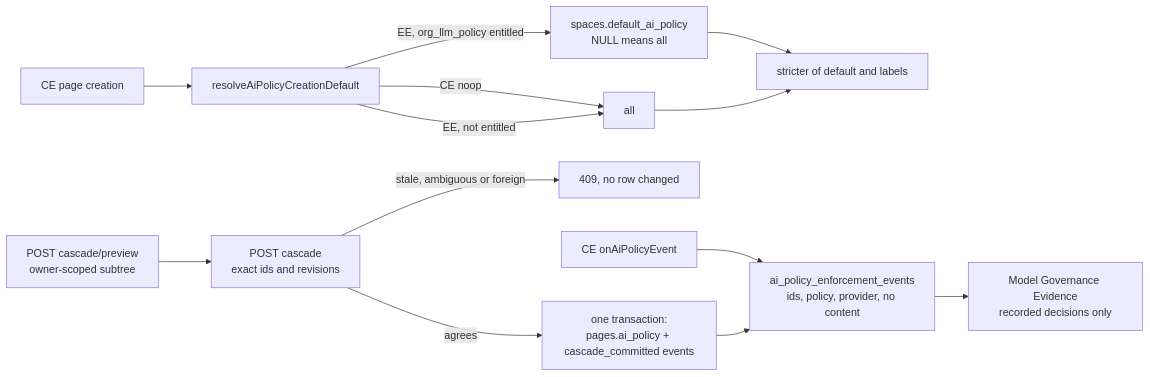
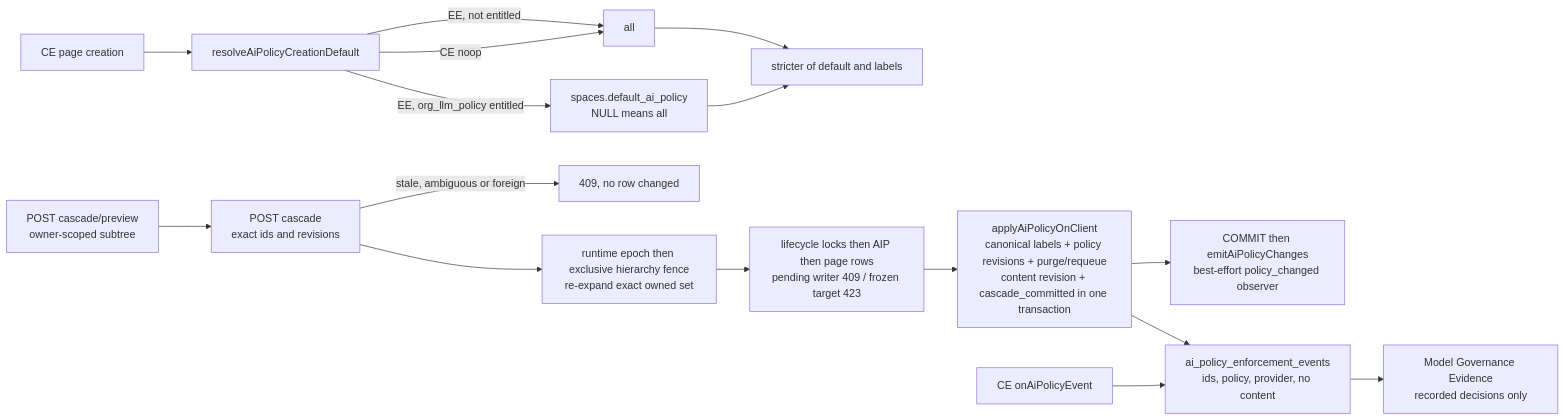
One commit to Compendiq/compendiq-ce changed the sixth of 6 diagrams in docs/architecture/10-flow-enterprise-license.md. Above: the diagram before and after it, drawn with Mermaid. The commit also changed 3 other files, not shown here.

````diff
--- a/docs/architecture/10-flow-enterprise-license.md
+++ b/docs/architecture/10-flow-enterprise-license.md
@@ -218,15 +218,18 @@
 ```mermaid
 flowchart LR
     create["CE page creation"] --> hook["resolveAiPolicyCreationDefault"]
     hook -->|CE noop| all["all"]
     hook -->|EE, org_llm_policy entitled| spaceDefault["spaces.default_ai_policy<br/>NULL means all"]
     hook -->|EE, not entitled| all
     spaceDefault --> stricter["stricter of default and labels"]
     all --> stricter
     preview["POST cascade/preview<br/>owner-scoped subtree"] --> commit["POST cascade<br/>exact ids and revisions"]
     commit -->|stale, ambiguous or foreign| conflict["409, no row changed"]
-    commit -->|agrees| write["one transaction:<br/>pages.ai_policy + cascade_committed events"]
+    commit --> fence["runtime epoch then exclusive hierarchy fence<br/>re-expand exact owned set"]
+    fence --> locks["lifecycle locks then AIP then page rows<br/>pending writer 409 / frozen target 423"]
+    locks --> write["applyAiPolicyOnClient<br/>canonical labels + policy revisions + purge/requeue<br/>content revision + cascade_committed in one transaction"]
+    write --> committed["COMMIT then emitAiPolicyChanges<br/>best-effort policy_changed observer"]
     observer["CE onAiPolicyEvent"] --> events["ai_policy_enforcement_events<br/>ids, policy, provider, no content"]
     write --> events
     events --> report["Model Governance Evidence<br/>recorded decisions only"]
 ```
````
